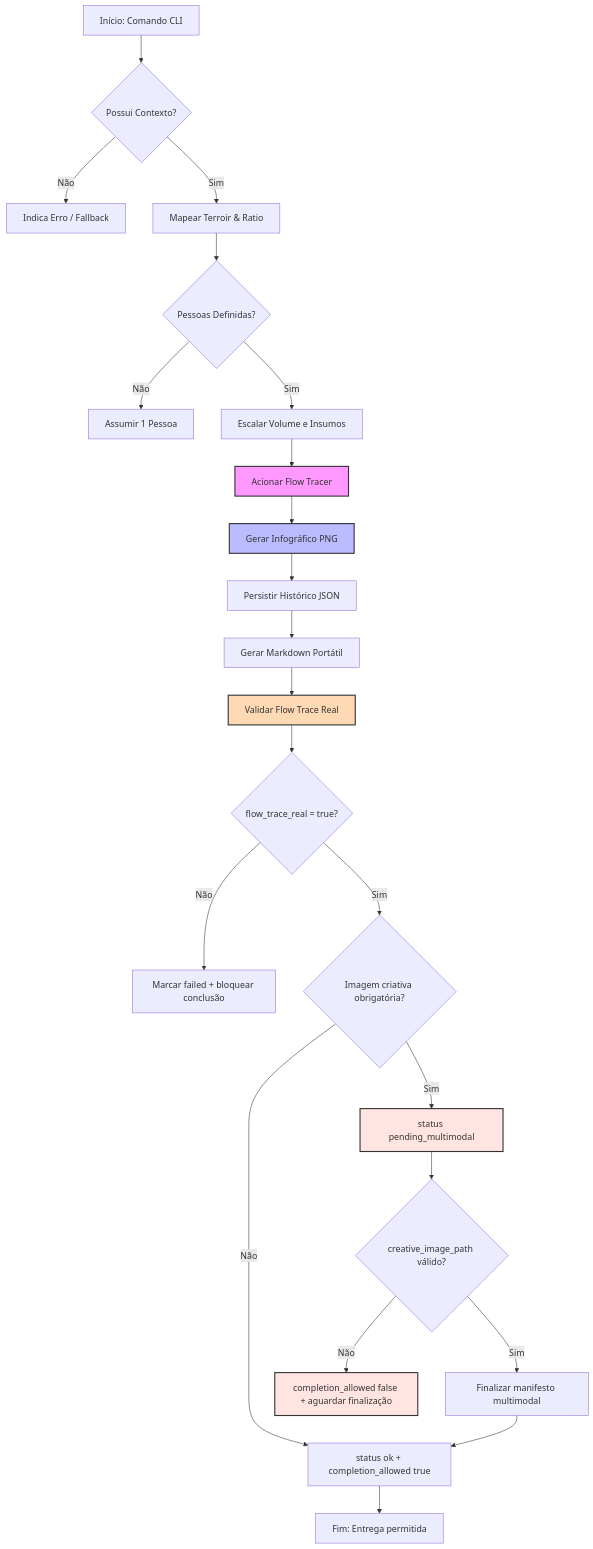
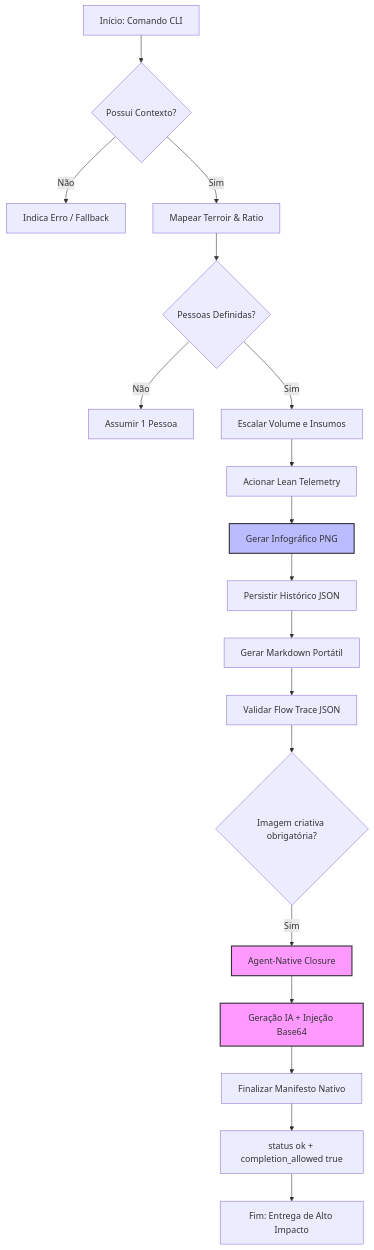
The second of 2 diagrams in README.md (malvesro/cafe-skill), drawn with Mermaid before and after one commit. The commit also changed other lines of this file and 2 other files, not shown here.

Commit message:
docs(arch): 📚 update documentation to v5.0 sênior standard with mermaid diagrams

````diff
--- a/README.md
+++ b/README.md
@@ -46,30 +39,24 @@
 ```mermaid
 graph TD
     A[Início: Comando CLI] --> B{Possui Contexto?}
     B -- Não --> C[Indica Erro / Fallback]
     B -- Sim --> D[Mapear Terroir & Ratio]
     D --> E{Pessoas Definidas?}
     E -- Não --> F[Assumir 1 Pessoa]
     E -- Sim --> G[Escalar Volume e Insumos]
-    G --> H[Acionar Flow Tracer]
+    G --> H[Acionar Lean Telemetry]
     H --> I[Gerar Infográfico PNG]
     I --> J[Persistir Histórico JSON]
     J --> K[Gerar Markdown Portátil]
-    K --> T[Validar Flow Trace Real]
-    T --> U{flow_trace_real = true?}
-    U -- Não --> V[Marcar failed + bloquear conclusão]
-    U -- Sim --> M{Imagem criativa obrigatória?}
-    M -- Não --> N[status ok + completion_allowed true]
-    M -- Sim --> O[status pending_multimodal]
-    O --> P{creative_image_path válido?}
-    P -- Não --> Q[completion_allowed false + aguardar finalização]
-    P -- Sim --> R[Finalizar manifesto multimodal]
-    R --> N
-    N --> L[Fim: Entrega permitida]
+    K --> T[Validar Flow Trace JSON]
+    T --> M{Imagem criativa obrigatória?}
+    M -- Sim --> O[Agent-Native Closure]
+    O --> P[Geração IA + Injeção Base64]
+    P --> R[Finalizar Manifesto Nativo]
+    R --> N[status ok + completion_allowed true]
+    N --> L[Fim: Entrega de Alto Impacto]
 
-    style H fill:#f9f,stroke:#333,stroke-width:2px
     style I fill:#bbf,stroke:#333,stroke-width:2px
-    style T fill:#ffd9b3,stroke:#333,stroke-width:2px
-    style O fill:#ffe4e1,stroke:#333,stroke-width:2px
-    style Q fill:#ffe4e1,stroke:#333,stroke-width:2px
+    style O fill:#f9f,stroke:#333,stroke-width:2px
+    style P fill:#f9f,stroke:#333,stroke-width:2px
 ```
````
